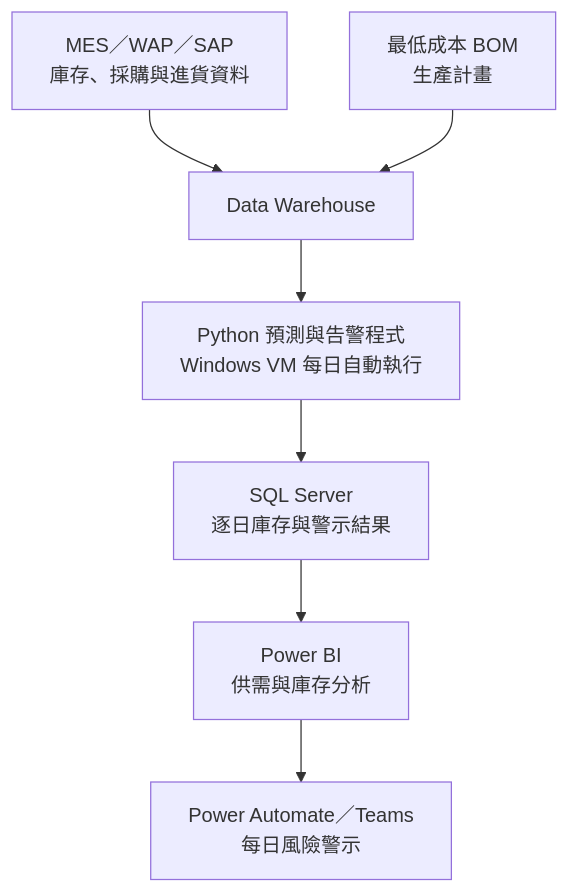
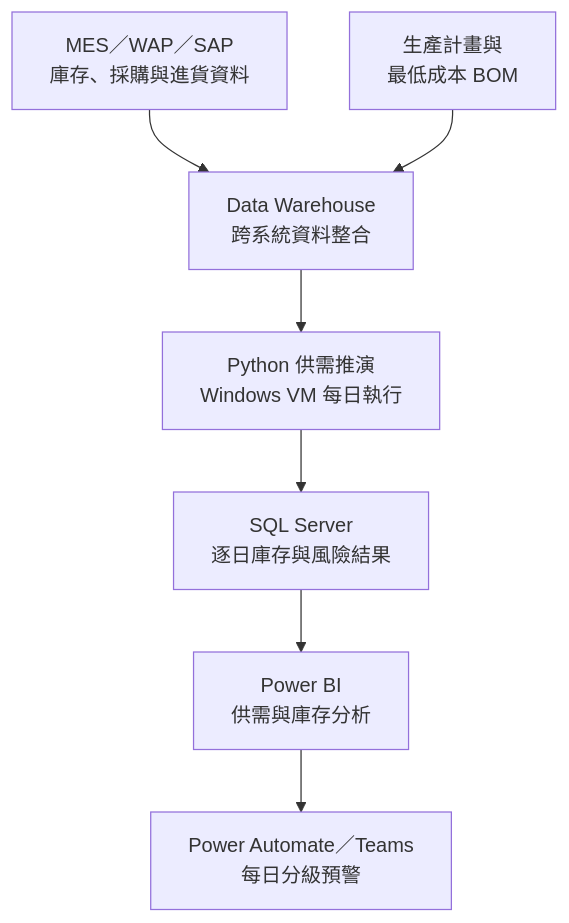
One commit to ChienChienChien/Material_Forecasting_System changed the diagram in README_ZH-TW.md. Above: the diagram before and after it, drawn with Mermaid. The commit also changed other lines of this file, not shown here.

````diff
--- a/README_ZH-TW.md
+++ b/README_ZH-TW.md
@@ -58,17 +84,17 @@
 ```mermaid
 flowchart TD
     A["MES／WAP／SAP<br/>庫存、採購與進貨資料"]
-    B["最低成本 BOM<br/>生產計畫"]
-    C["Data Warehouse"]
-    D["Python 預測與告警程式<br/>Windows VM 每日自動執行"]
-    E["SQL Server<br/>逐日庫存與警示結果"]
+    B["生產計畫與<br/>最低成本 BOM"]
+    C["Data Warehouse<br/>跨系統資料整合"]
+    D["Python 供需推演<br/>Windows VM 每日執行"]
+    E["SQL Server<br/>逐日庫存與風險結果"]
     F["Power BI<br/>供需與庫存分析"]
-    G["Power Automate／Teams<br/>每日風險警示"]
+    G["Power Automate／Teams<br/>每日分級預警"]
 
     A --> C
     B --> C
     C --> D
     D --> E
     E --> F
     F --> G
 ```
````
